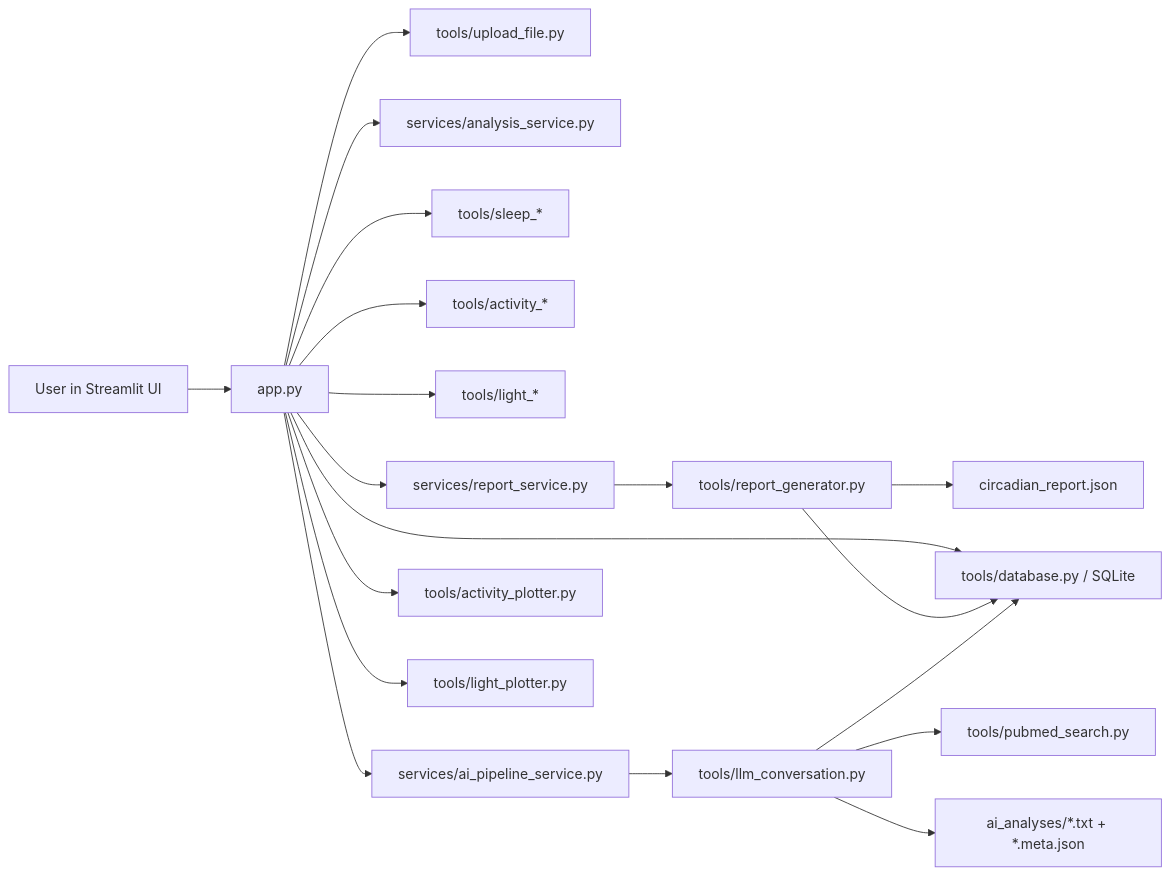
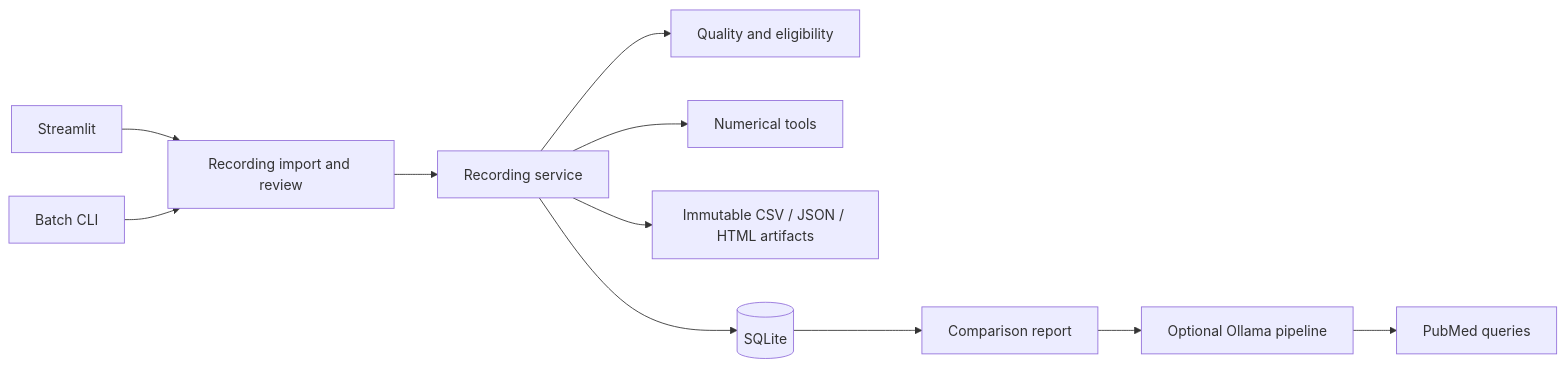
The diagram in docs/ARCHITECTURE.md (arahjou/APP_CIRCADIAN_MEDICINE), drawn with Mermaid before and after one commit. The commit also changed other lines of this file and 34 other files, not shown here.

````diff
--- a/docs/ARCHITECTURE.md
+++ b/docs/ARCHITECTURE.md
@@ -7,26 +24,13 @@
 ```mermaid
 flowchart LR
-    U[User in Streamlit UI] --> APP[app.py]
-
-    APP --> UP[tools/upload_file.py]
-    APP --> SVC_A[services/analysis_service.py]
-    APP --> SLEEP[tools/sleep_*]
-    APP --> ACT[tools/activity_*]
-    APP --> LIGHT[tools/light_*]
-    APP --> REP_SVC[services/report_service.py]
-    APP --> AI_SVC[services/ai_pipeline_service.py]
-
-    REP_SVC --> REP_GEN[tools/report_generator.py]
-    REP_GEN --> JSON[circadian_report.json]
-
-    AI_SVC --> LLM[tools/llm_conversation.py]
-    LLM --> PUBMED[tools/pubmed_search.py]
-    LLM --> SNAP[ai_analyses/*.txt + *.meta.json]
-
-    APP --> DB[tools/database.py / SQLite]
-    REP_GEN --> DB
-    LLM --> DB
-
-    APP --> FIG1[tools/activity_plotter.py]
-    APP --> FIG2[tools/light_plotter.py]
+    UI[Streamlit] --> R[Recording import and review]
+    CLI[Batch CLI] --> R
+    R --> S[Recording service]
+    S --> Q[Quality and eligibility]
+    S --> T[Numerical tools]
+    S --> A[Immutable CSV / JSON / HTML artifacts]
+    S --> DB[(SQLite)]
+    DB --> C[Comparison report]
+    C --> AI[Optional Ollama pipeline]
+    AI --> PM[PubMed queries]
 ```
````
